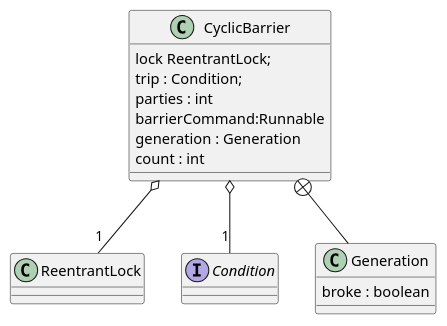
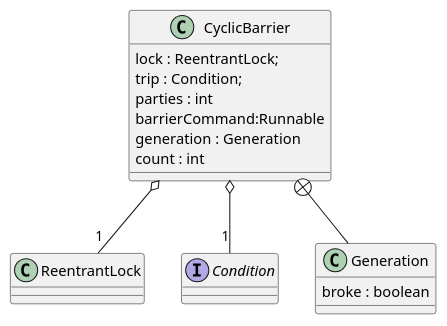
Before and after one commit to nicktming/code: the diagram in JavaBasics/src/com/sourcecode/concurrencytools_CyclicBarrier/CyclicBarrier_framework.puml, drawn with PlantUML. The commit also changed 2 other files, not shown here.

```diff
--- a/JavaBasics/src/com/sourcecode/concurrencytools_CyclicBarrier/CyclicBarrier_framework.puml
+++ b/JavaBasics/src/com/sourcecode/concurrencytools_CyclicBarrier/CyclicBarrier_framework.puml
@@ -1,27 +1,27 @@
 @startuml
 
 class CyclicBarrier {
-        lock ReentrantLock;
+        lock : ReentrantLock;
         trip : Condition;
         parties : int
         barrierCommand:Runnable
         generation : Generation
         count : int
 }
 
 class ReentrantLock {
 }
 
 interface Condition {
 }
 
 class Generation {
     broke : boolean
 }
 
 CyclicBarrier o-- "1" ReentrantLock
 CyclicBarrier o-- "1" Condition
 CyclicBarrier +-- Generation
 
 
 @enduml
```
